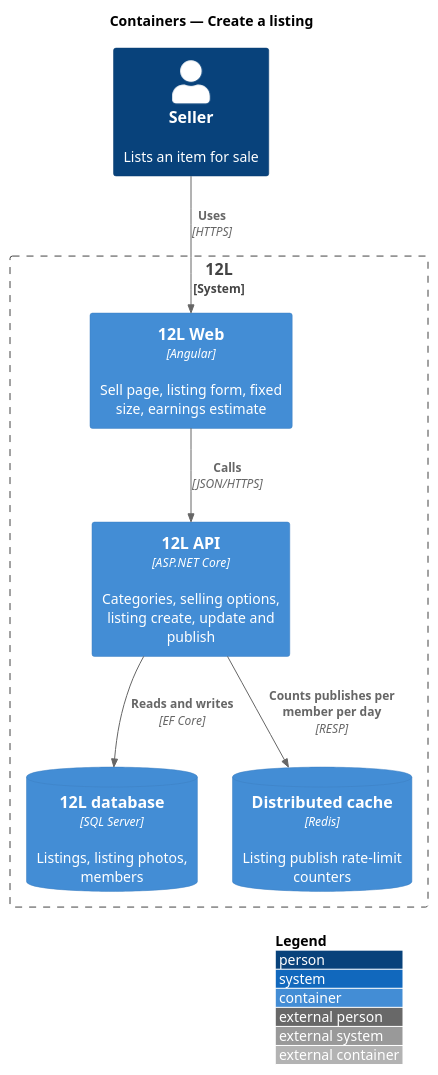
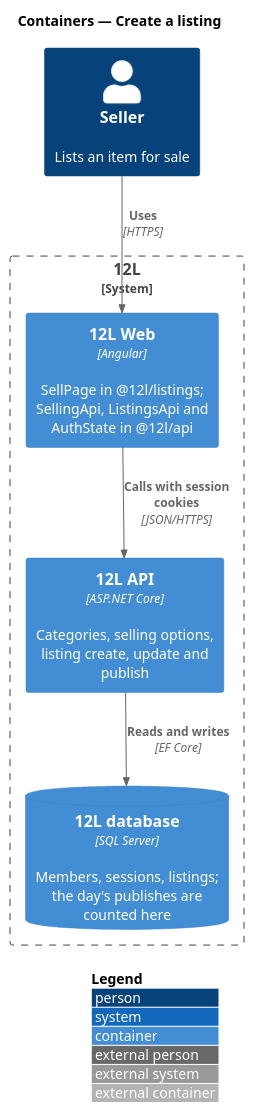
Before and after one commit to QuinntyneBrown/12l: the diagram in docs/detailed-designs/listings/create-listing/diagrams/c4-container.puml, drawn with PlantUML. The commit also changed 89 other files, not shown here.

```diff
--- a/docs/detailed-designs/listings/create-listing/diagrams/c4-container.puml
+++ b/docs/detailed-designs/listings/create-listing/diagrams/c4-container.puml
@@ -1,17 +1,15 @@
 @startuml
 !include <C4/C4_Container>
 LAYOUT_WITH_LEGEND()
 title Containers — Create a listing
 
 Person(seller, "Seller", "Lists an item for sale")
 System_Boundary(twelvel, "12L") {
-  Container(web, "12L Web", "Angular", "Sell page, listing form, fixed size, earnings estimate")
+  Container(web, "12L Web", "Angular", "SellPage in @12l/listings; SellingApi, ListingsApi and AuthState in @12l/api")
   Container(api, "12L API", "ASP.NET Core", "Categories, selling options, listing create, update and publish")
-  ContainerDb(db, "12L database", "SQL Server", "Listings, listing photos, members")
-  ContainerDb(cache, "Distributed cache", "Redis", "Listing publish rate-limit counters")
+  ContainerDb(db, "12L database", "SQL Server", "Members, sessions, listings; the day's publishes are counted here")
 }
 Rel(seller, web, "Uses", "HTTPS")
-Rel(web, api, "Calls", "JSON/HTTPS")
+Rel(web, api, "Calls with session cookies", "JSON/HTTPS")
 Rel(api, db, "Reads and writes", "EF Core")
-Rel(api, cache, "Counts publishes per member per day", "RESP")
 @enduml
```
